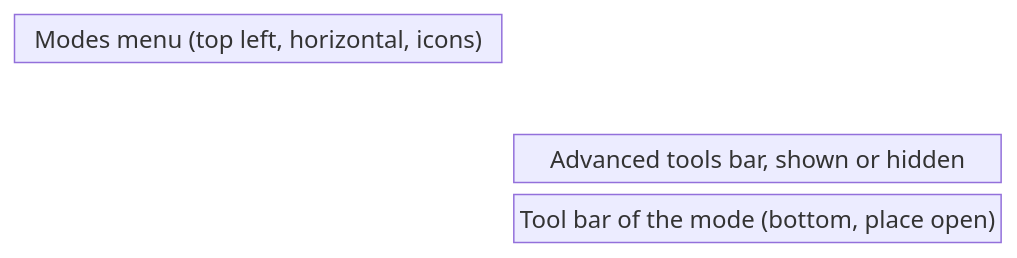
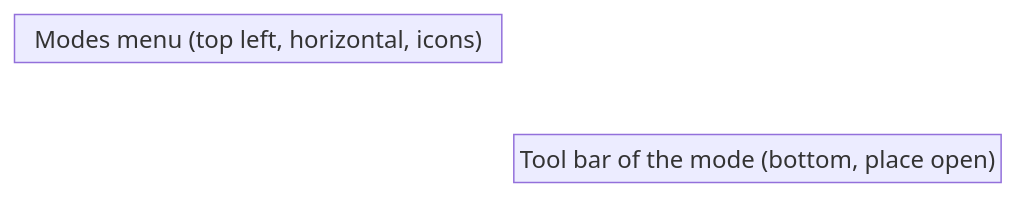
The second of 2 diagrams in symbols/03-editor/README.md (AlexandreGallais/synoptic-studio-spec), drawn with Mermaid before and after one commit. The commit also changed other lines of this file and 18 other files, not shown here.

````diff
--- a/symbols/03-editor/README.md
+++ b/symbols/03-editor/README.md
@@ -28,8 +27,7 @@
 ```mermaid
 block-beta
     columns 3
     modes["Modes menu (top left, horizontal, icons)"] space:2
     space:3
-    space adv["Advanced tools bar, shown or hidden"] space
     space tools["Tool bar of the mode (bottom, place open)"] space
 ```
````
